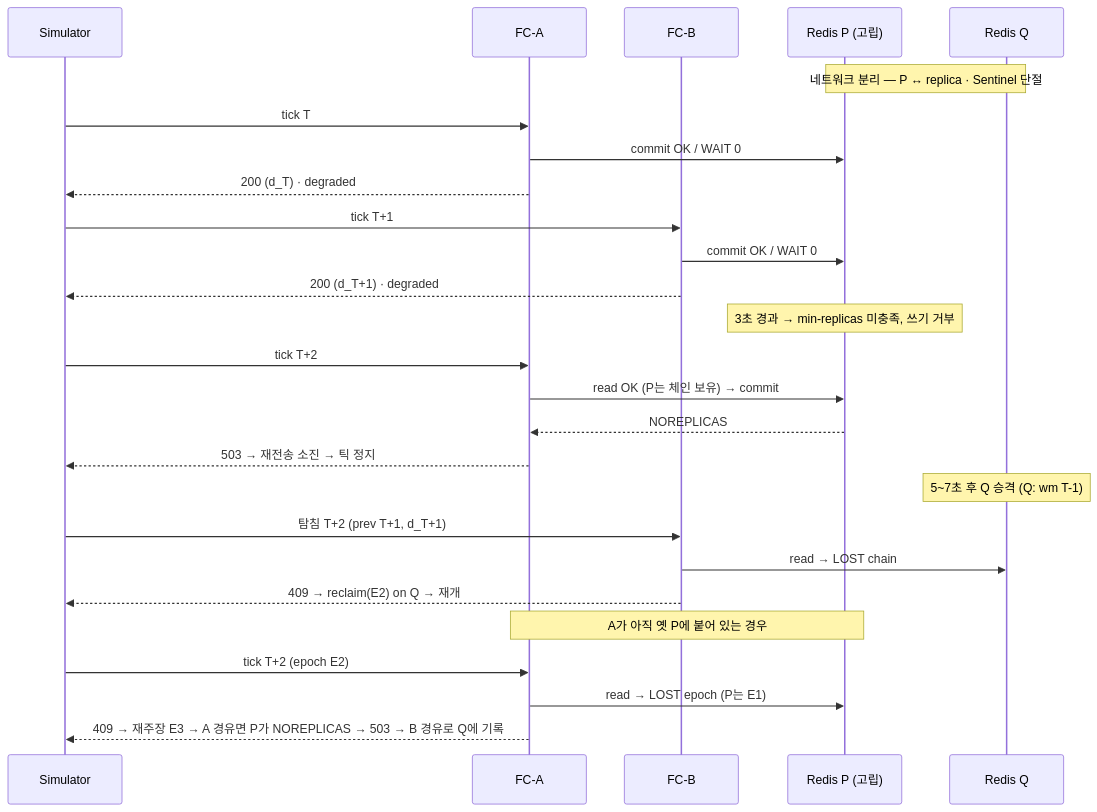
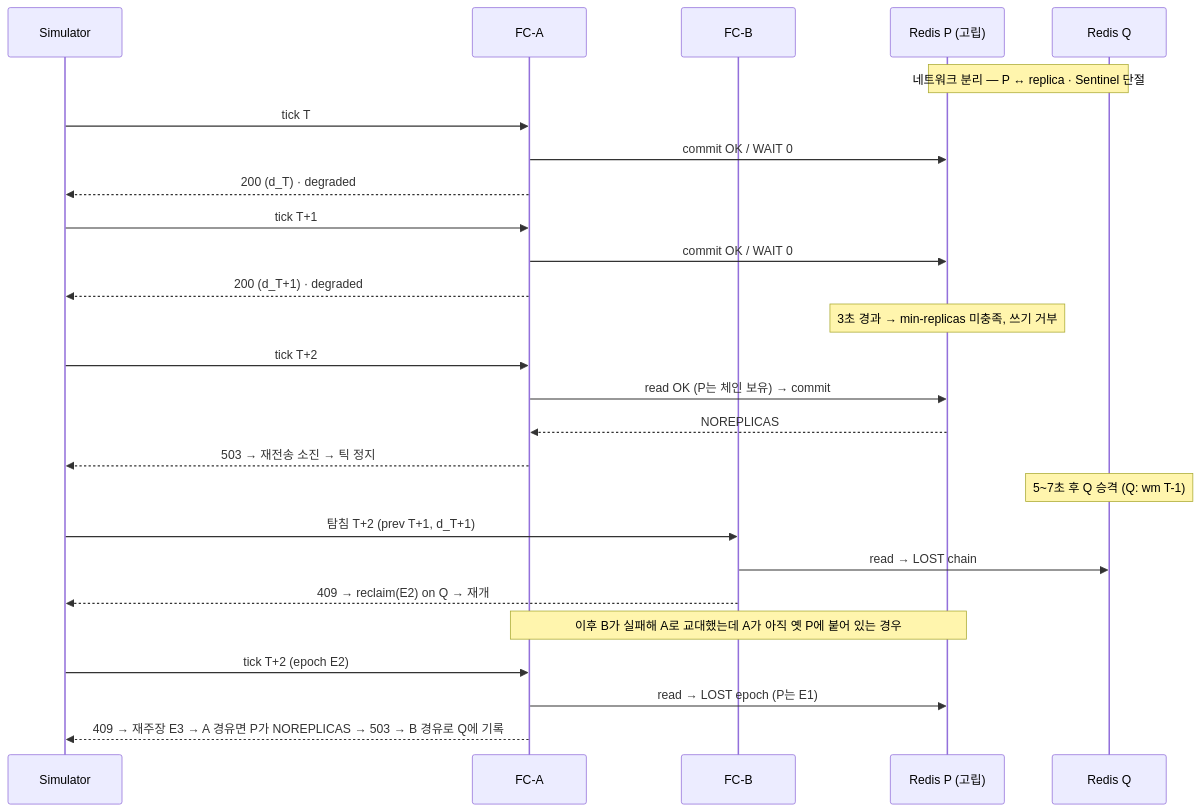
The second of 2 diagrams in docs/08-ha-detailed-design.md (hyunpaper/robot-fleet), drawn with Mermaid before and after one commit. The commit also changed other lines of this file and 9 other files, not shown here.

````diff
--- a/docs/08-ha-detailed-design.md
+++ b/docs/08-ha-detailed-design.md
@@ -233,28 +235,28 @@
 ```mermaid
 sequenceDiagram
     participant S as Simulator
     participant A as FC-A
     participant B as FC-B
     participant P as Redis P (고립)
     participant Q as Redis Q
     Note over P,Q: 네트워크 분리 — P ↔ replica · Sentinel 단절
     S->>A: tick T
     A->>P: commit OK / WAIT 0
     A-->>S: 200 (d_T) · degraded
-    S->>B: tick T+1
-    B->>P: commit OK / WAIT 0
-    B-->>S: 200 (d_T+1) · degraded
+    S->>A: tick T+1
+    A->>P: commit OK / WAIT 0
+    A-->>S: 200 (d_T+1) · degraded
     Note over P: 3초 경과 → min-replicas 미충족, 쓰기 거부
     S->>A: tick T+2
     A->>P: read OK (P는 체인 보유) → commit
     P-->>A: NOREPLICAS
     A-->>S: 503 → 재전송 소진 → 틱 정지
     Note over Q: 5~7초 후 Q 승격 (Q: wm T-1)
     S->>B: 탐침 T+2 (prev T+1, d_T+1)
     B->>Q: read → LOST chain
     B-->>S: 409 → reclaim(E2) on Q → 재개
-    Note over A,P: A가 아직 옛 P에 붙어 있는 경우
+    Note over A,P: 이후 B가 실패해 A로 교대했는데 A가 아직 옛 P에 붙어 있는 경우
     S->>A: tick T+2 (epoch E2)
     A->>P: read → LOST epoch (P는 E1)
     A-->>S: 409 → 재주장 E3 → A 경유면 P가 NOREPLICAS → 503 → B 경유로 Q에 기록
 ```
````
